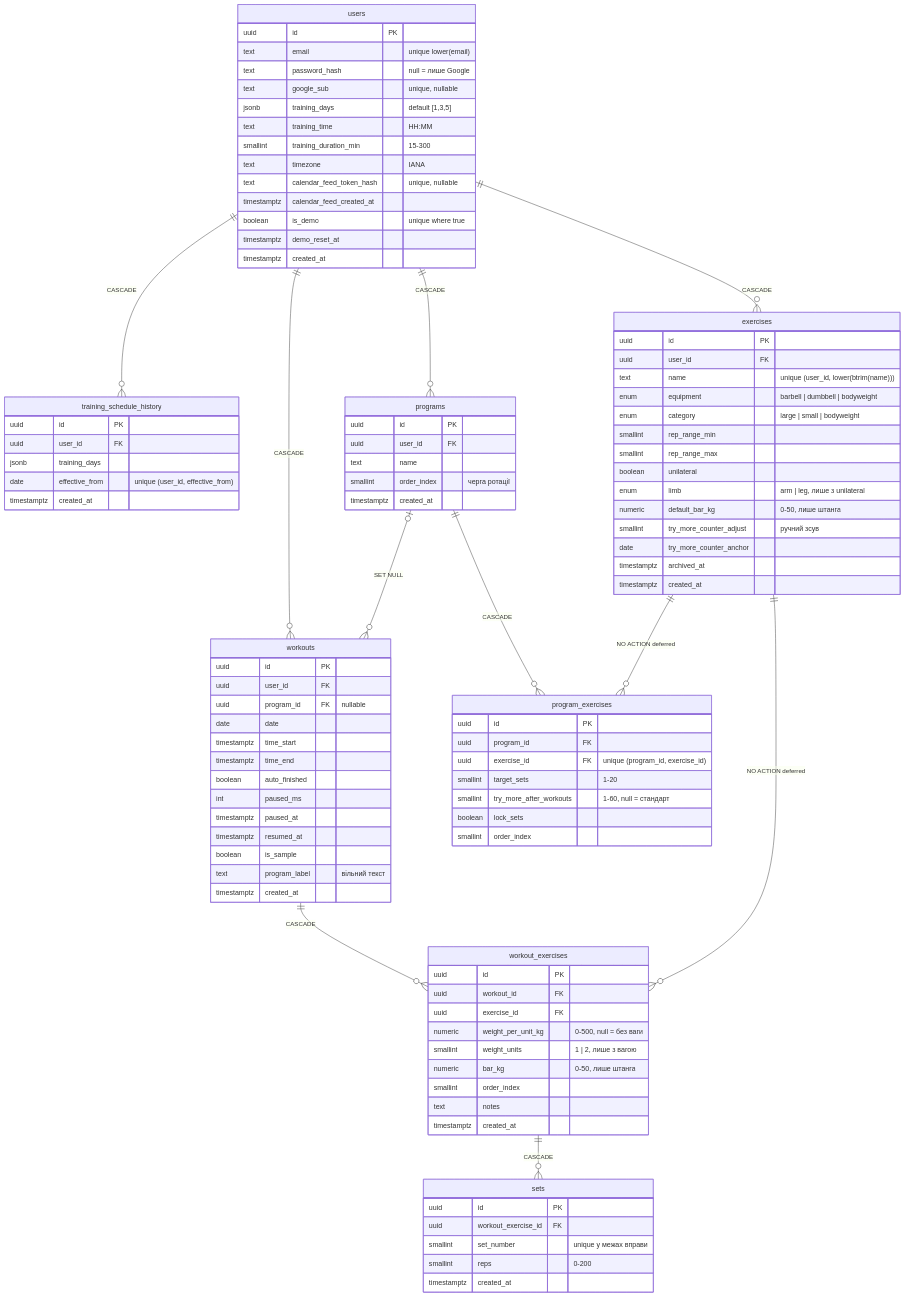
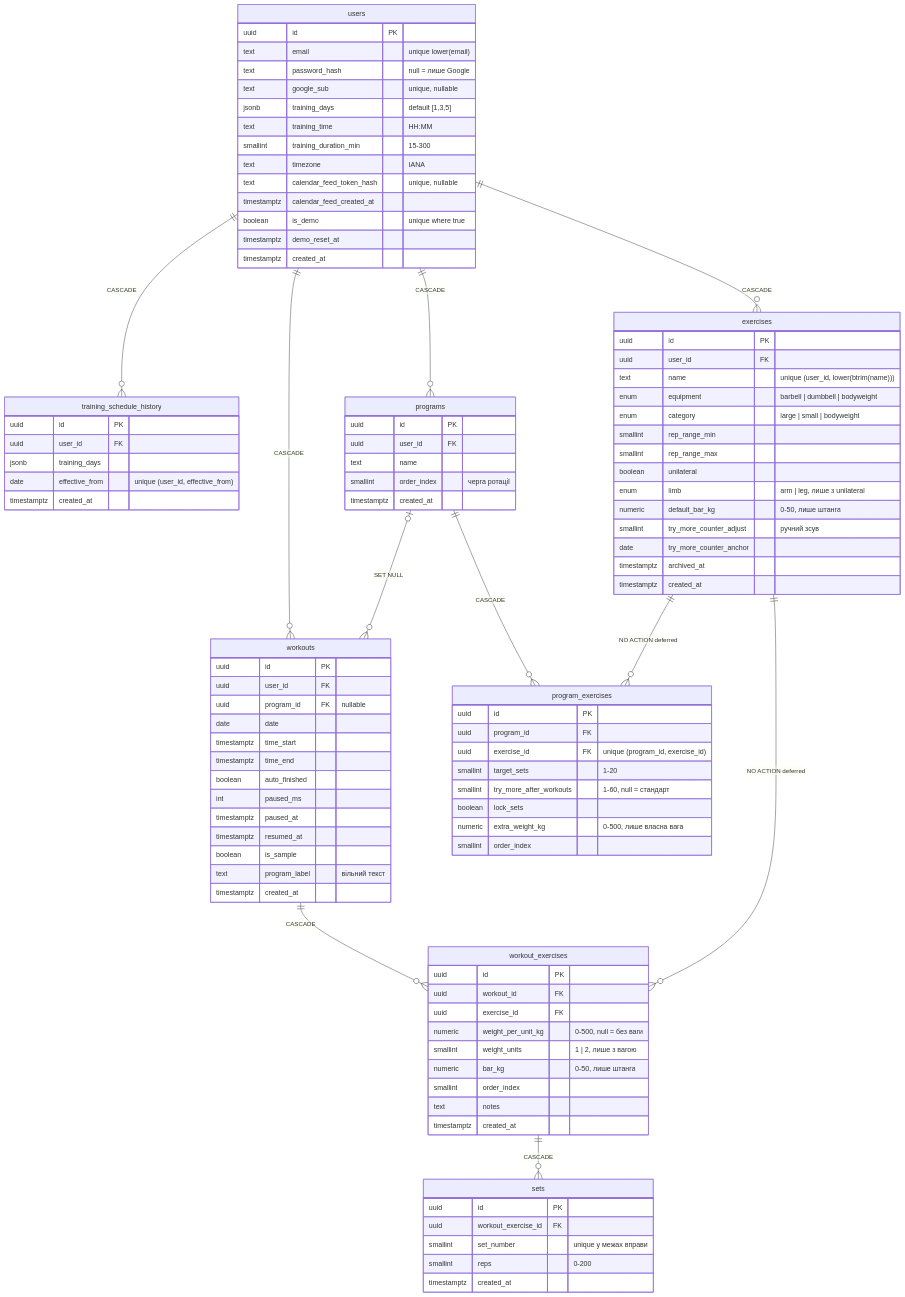
Before and after one commit to SergioBurlaka/MyGym: the first of 2 diagrams in docs/db/ARCHITECTURE.md, drawn with Mermaid. The commit also changed other lines of this file and 6 other files, not shown here.

First line of the commit message:
docs: program extra weight for bodyweight exercises

```diff
--- a/docs/db/ARCHITECTURE.md
+++ b/docs/db/ARCHITECTURE.md
@@ -78,6 +78,7 @@
         smallint target_sets "1-20"
         smallint try_more_after_workouts "1-60, null = стандарт"
         boolean lock_sets
+        numeric extra_weight_kg "0-500, лише власна вага"
         smallint order_index
     }
     workouts {
```
